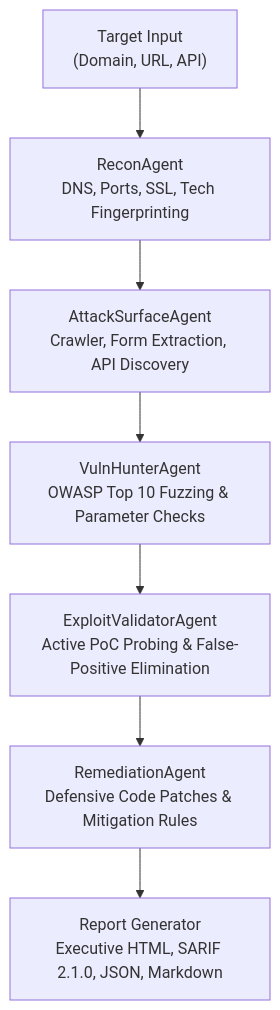
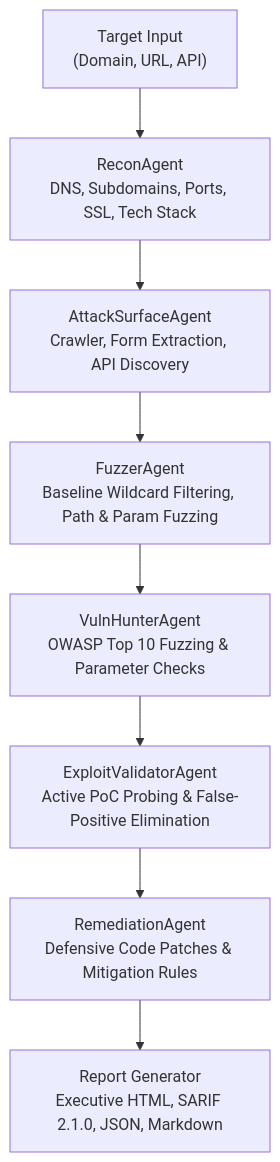
Before and after one commit to 545e/SWA: the diagram in README.md, drawn with Mermaid. The commit also changed other lines of this file, not shown here.

Commit message:
docs: enrich README with subdomain enumeration, fuzzing engine, and repo URLs

````diff
--- a/README.md
+++ b/README.md
@@ -43,9 +44,10 @@
 ```mermaid
 flowchart TD
-    A["Target Input\n(Domain, URL, API)"] --> B["ReconAgent\nDNS, Ports, SSL, Tech Fingerprinting"]
+    A["Target Input\n(Domain, URL, API)"] --> B["ReconAgent\nDNS, Subdomains, Ports, SSL, Tech Stack"]
     B --> C["AttackSurfaceAgent\nCrawler, Form Extraction, API Discovery"]
-    C --> D["VulnHunterAgent\nOWASP Top 10 Fuzzing & Parameter Checks"]
-    D --> E["ExploitValidatorAgent\nActive PoC Probing & False-Positive Elimination"]
-    E --> F["RemediationAgent\nDefensive Code Patches & Mitigation Rules"]
-    F --> G["Report Generator\nExecutive HTML, SARIF 2.1.0, JSON, Markdown"]
+    C --> D["FuzzerAgent\nBaseline Wildcard Filtering, Path & Param Fuzzing"]
+    D --> E["VulnHunterAgent\nOWASP Top 10 Fuzzing & Parameter Checks"]
+    E --> F["ExploitValidatorAgent\nActive PoC Probing & False-Positive Elimination"]
+    F --> G["RemediationAgent\nDefensive Code Patches & Mitigation Rules"]
+    G --> H["Report Generator\nExecutive HTML, SARIF 2.1.0, JSON, Markdown"]
 ```
````
